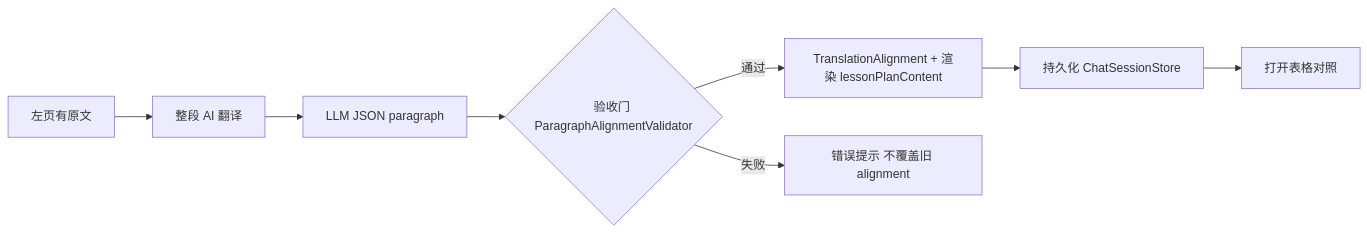
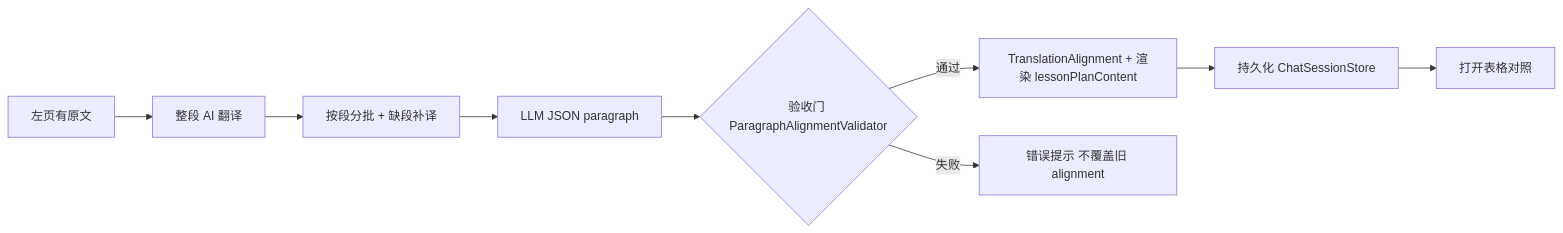
One commit to maodongya/ai-book changed the diagram in docs/阅读/表格对照整段对齐设计.md. Above: the diagram before and after it, drawn with Mermaid. The commit also changed other lines of this file and 10 other files, not shown here.

````diff
--- a/docs/阅读/表格对照整段对齐设计.md
+++ b/docs/阅读/表格对照整段对齐设计.md
@@ -107,10 +107,11 @@
 ```mermaid
 flowchart LR
   A[左页有原文] --> B[整段 AI 翻译]
-  B --> C[LLM JSON paragraph]
+  B --> B2[按段分批 + 缺段补译]
+  B2 --> C[LLM JSON paragraph]
   C --> D{验收门 ParagraphAlignmentValidator}
   D -->|通过| E[TranslationAlignment + 渲染 lessonPlanContent]
   D -->|失败| F[错误提示 不覆盖旧 alignment]
   E --> G[持久化 ChatSessionStore]
   G --> H[打开表格对照]
 ```
````
